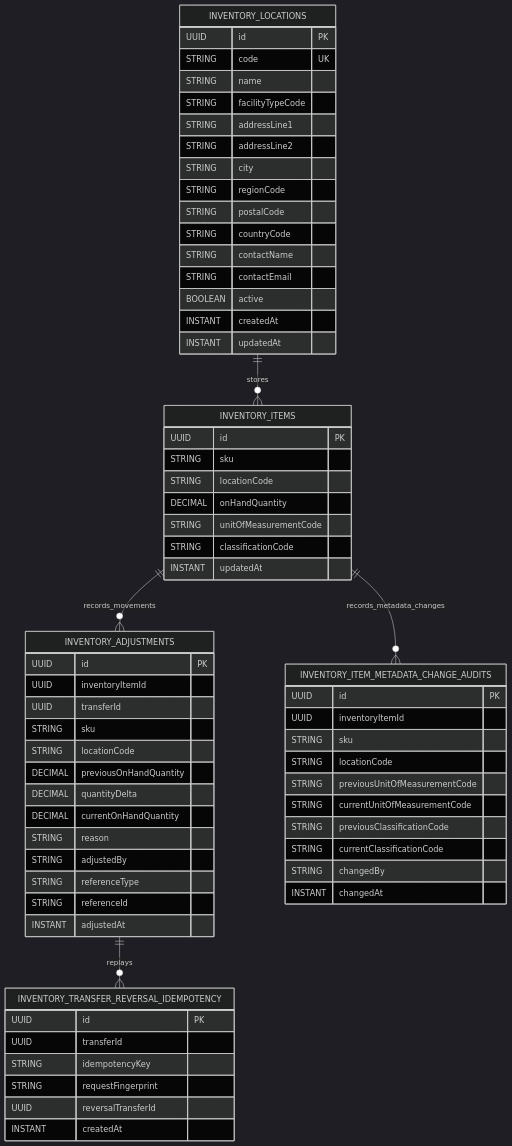
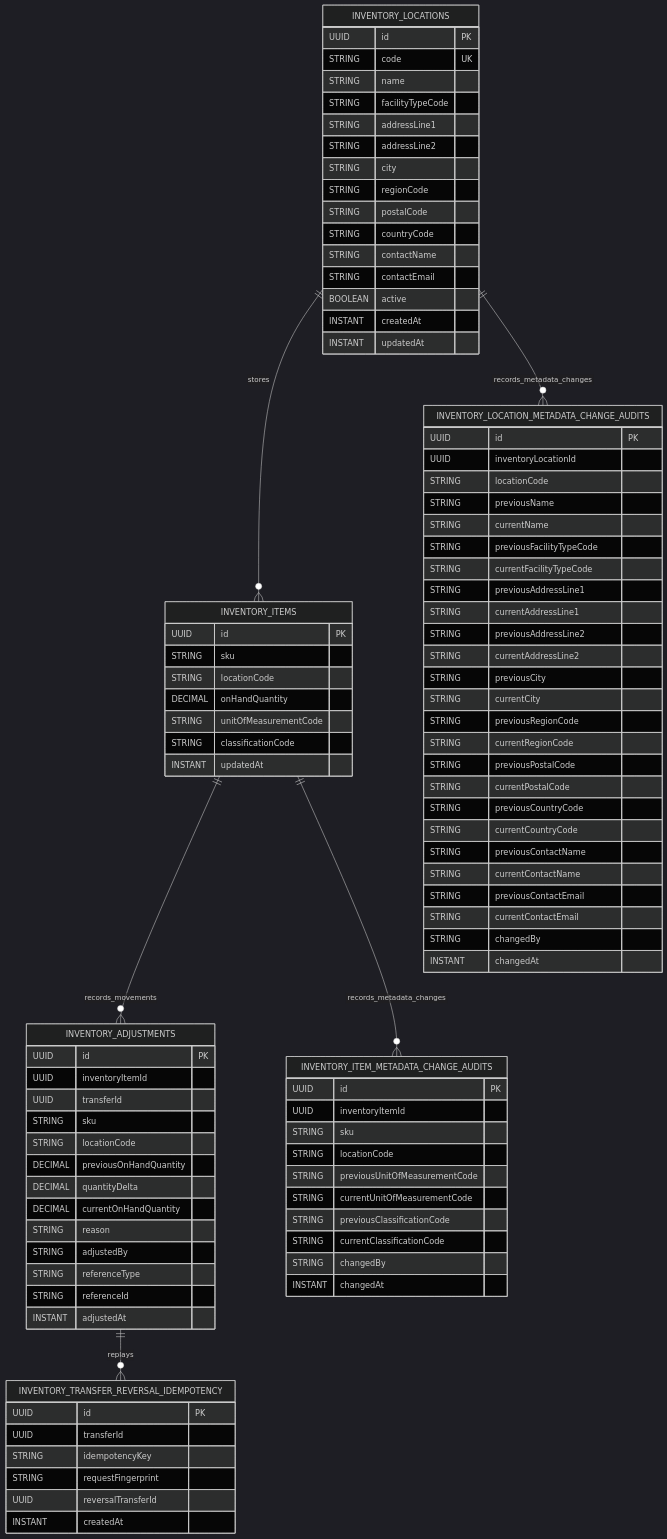
Before and after one commit to ArcanaERP/platform: the diagram in docs/inventory-data-model.md, drawn with Mermaid (dark theme). The commit also changed other lines of this file and 13 other files, not shown here.

Commit message:
Add inventory location metadata history

````diff
--- a/docs/inventory-data-model.md
+++ b/docs/inventory-data-model.md
@@ -7,6 +7,7 @@
 ```mermaid
 erDiagram
     INVENTORY_LOCATIONS ||--o{ INVENTORY_ITEMS : stores
+    INVENTORY_LOCATIONS ||--o{ INVENTORY_LOCATION_METADATA_CHANGE_AUDITS : records_metadata_changes
     INVENTORY_ITEMS ||--o{ INVENTORY_ADJUSTMENTS : records_movements
     INVENTORY_ITEMS ||--o{ INVENTORY_ITEM_METADATA_CHANGE_AUDITS : records_metadata_changes
     INVENTORY_ADJUSTMENTS ||--o{ INVENTORY_TRANSFER_REVERSAL_IDEMPOTENCY : replays
@@ -37,6 +38,34 @@
       STRING unitOfMeasurementCode
       STRING classificationCode
       INSTANT updatedAt
+    }
+
+    INVENTORY_LOCATION_METADATA_CHANGE_AUDITS {
+      UUID id PK
+      UUID inventoryLocationId
+      STRING locationCode
+      STRING previousName
+      STRING currentName
+      STRING previousFacilityTypeCode
+      STRING currentFacilityTypeCode
+      STRING previousAddressLine1
+      STRING currentAddressLine1
+      STRING previousAddressLine2
+      STRING currentAddressLine2
+      STRING previousCity
+      STRING currentCity
+      STRING previousRegionCode
+      STRING currentRegionCode
+      STRING previousPostalCode
+      STRING currentPostalCode
+      STRING previousCountryCode
+      STRING currentCountryCode
+      STRING previousContactName
+      STRING currentContactName
+      STRING previousContactEmail
+      STRING currentContactEmail
+      STRING changedBy
+      INSTANT changedAt
     }
 
     INVENTORY_ADJUSTMENTS {
````
